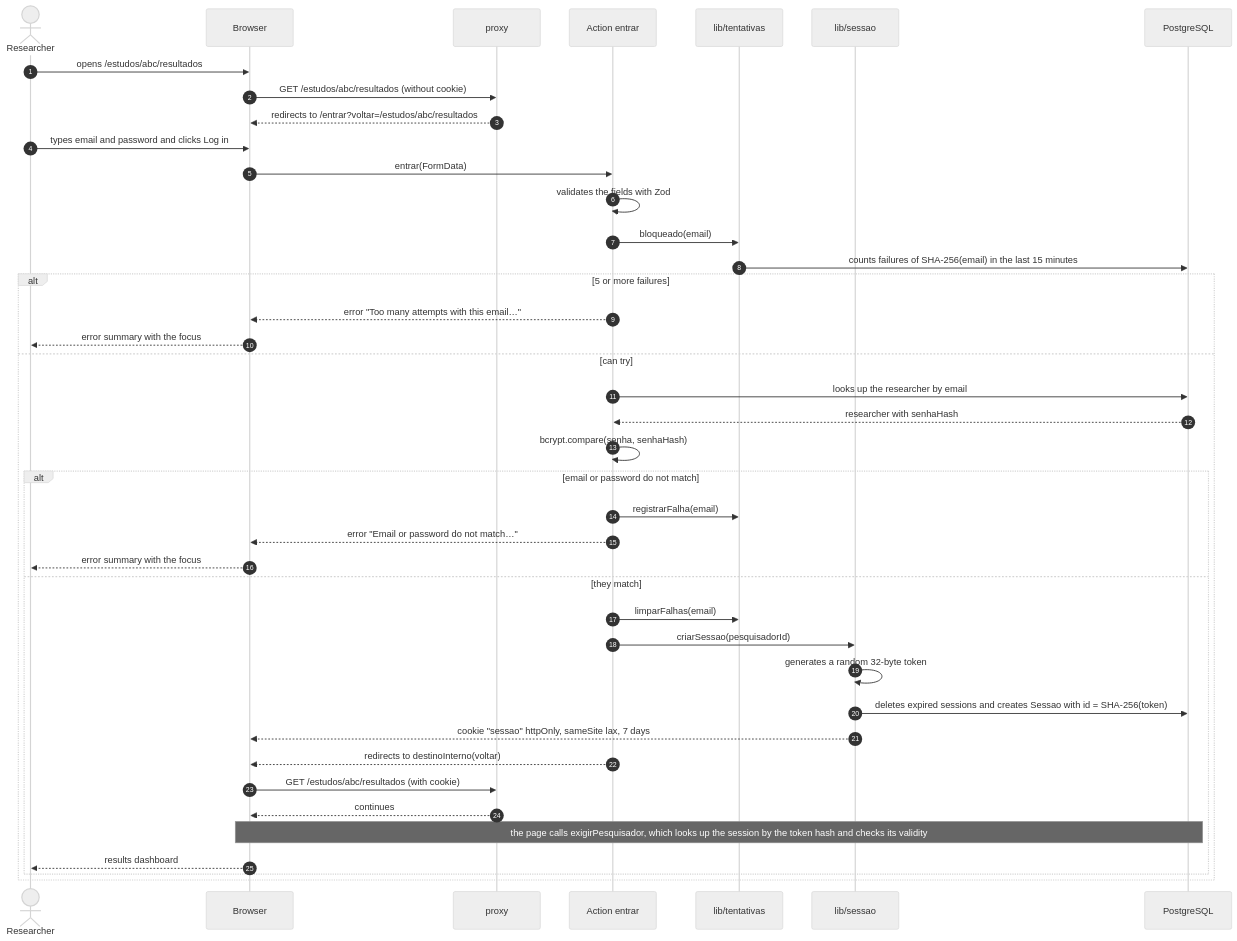
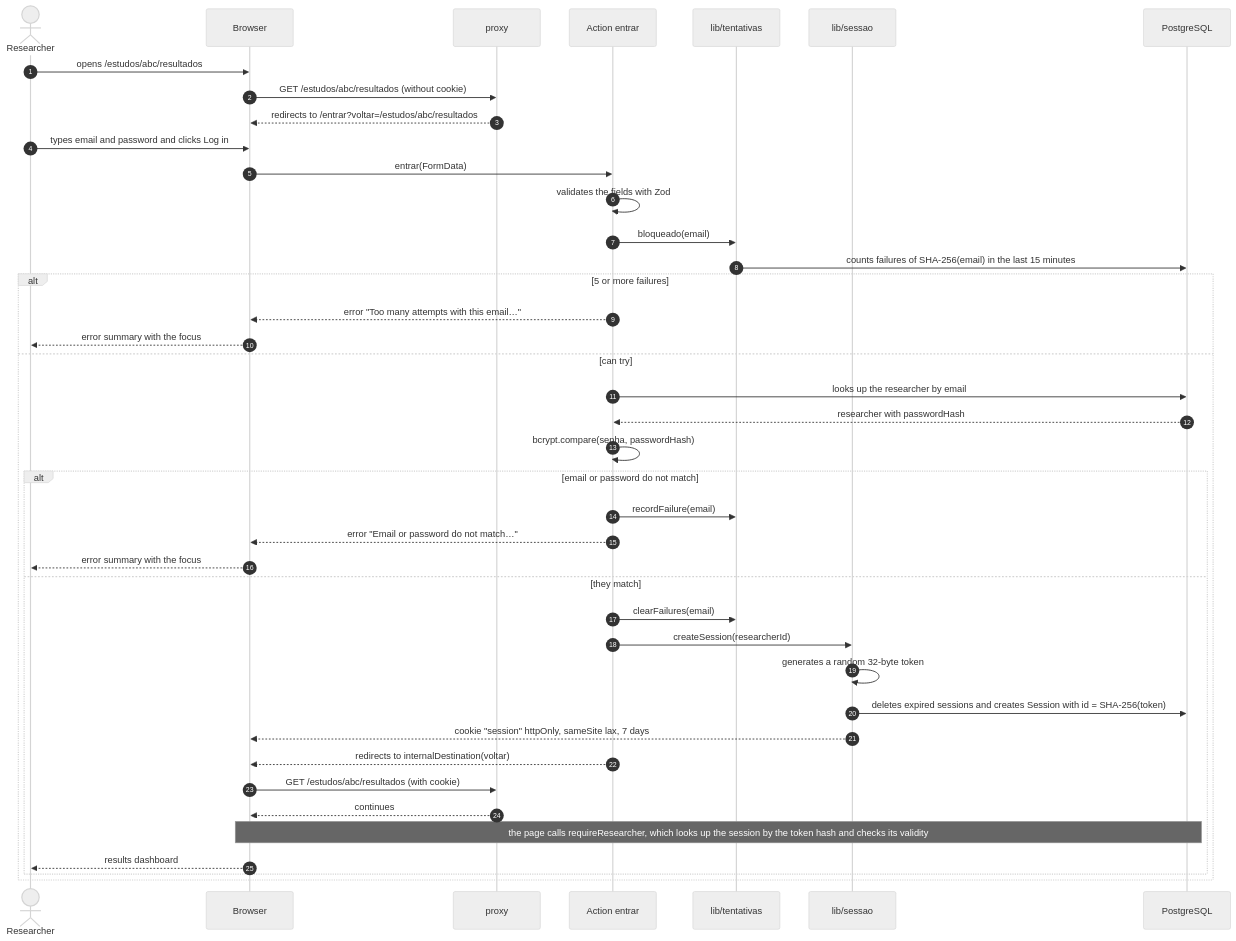
Before and after one commit to gabrielfjm/ueq_form_ihc: the diagram in docs/documentacao/fontes/diagramas-de-sequencia-1.mmd, drawn with Mermaid (neutral theme). The commit also changed 50 other files, not shown here.

First line of the commit message:
deixa os diagramas inteiramente em inglês, também nos nomes das classes, tabelas e estados

```diff
--- a/docs/documentacao/fontes/diagramas-de-sequencia-1.mmd
+++ b/docs/documentacao/fontes/diagramas-de-sequencia-1.mmd
@@ -1,42 +1,42 @@
 sequenceDiagram
     autonumber
     actor Pesq as Researcher
     participant Nav as Browser
     participant Proxy as proxy
     participant Acao as Action entrar
     participant Tent as lib/tentativas
-    participant Sessao as lib/sessao
+    participant Session as lib/sessao
     participant BD as PostgreSQL
 
     Pesq->>Nav: opens /estudos/abc/resultados
     Nav->>Proxy: GET /estudos/abc/resultados (without cookie)
     Proxy-->>Nav: redirects to /entrar?voltar=/estudos/abc/resultados
     Pesq->>Nav: types email and password and clicks Log in
     Nav->>Acao: entrar(FormData)
     Acao->>Acao: validates the fields with Zod
     Acao->>Tent: bloqueado(email)
     Tent->>BD: counts failures of SHA-256(email) in the last 15 minutes
     alt 5 or more failures
         Acao-->>Nav: error "Too many attempts with this email…"
         Nav-->>Pesq: error summary with the focus
     else can try
         Acao->>BD: looks up the researcher by email
-        BD-->>Acao: researcher with senhaHash
-        Acao->>Acao: bcrypt.compare(senha, senhaHash)
+        BD-->>Acao: researcher with passwordHash
+        Acao->>Acao: bcrypt.compare(senha, passwordHash)
         alt email or password do not match
-            Acao->>Tent: registrarFalha(email)
+            Acao->>Tent: recordFailure(email)
             Acao-->>Nav: error "Email or password do not match…"
             Nav-->>Pesq: error summary with the focus
         else they match
-            Acao->>Tent: limparFalhas(email)
-            Acao->>Sessao: criarSessao(pesquisadorId)
-            Sessao->>Sessao: generates a random 32-byte token
-            Sessao->>BD: deletes expired sessions and creates Sessao with id = SHA-256(token)
-            Sessao-->>Nav: cookie "sessao" httpOnly, sameSite lax, 7 days
-            Acao-->>Nav: redirects to destinoInterno(voltar)
+            Acao->>Tent: clearFailures(email)
+            Acao->>Session: createSession(researcherId)
+            Session->>Session: generates a random 32-byte token
+            Session->>BD: deletes expired sessions and creates Session with id = SHA-256(token)
+            Session-->>Nav: cookie "session" httpOnly, sameSite lax, 7 days
+            Acao-->>Nav: redirects to internalDestination(voltar)
             Nav->>Proxy: GET /estudos/abc/resultados (with cookie)
             Proxy-->>Nav: continues
-            Note over Nav,BD: the page calls exigirPesquisador, which looks up the session by the token hash and checks its validity
+            Note over Nav,BD: the page calls requireResearcher, which looks up the session by the token hash and checks its validity
             Nav-->>Pesq: results dashboard
         end
     end
```
